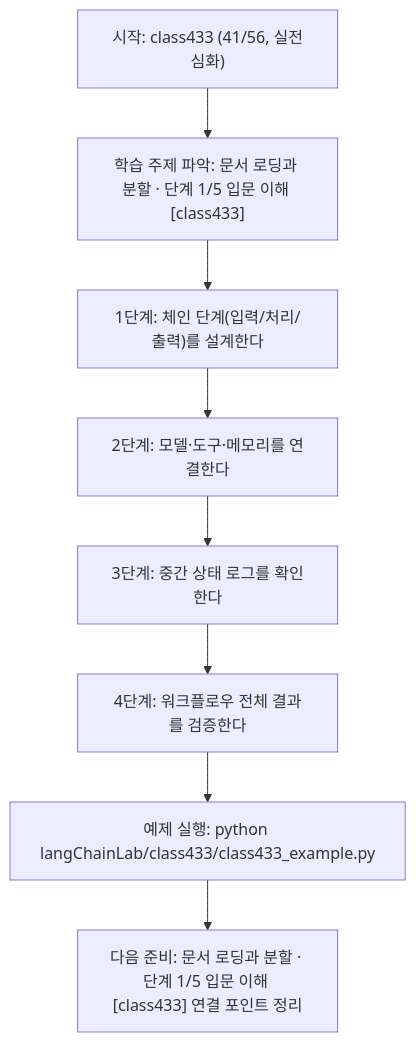
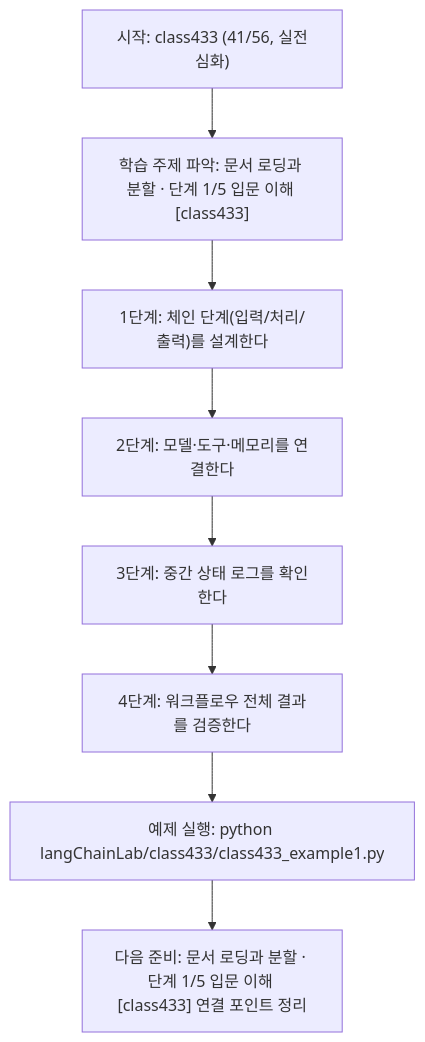
One commit to edumgt/Python-AI_Agent-Class changed the diagram in langChainLab/class433/class433.md. Above: the diagram before and after it, drawn with Mermaid. The commit also changed other lines of this file and 2959 other files, not shown here.

````diff
--- a/langChainLab/class433/class433.md
+++ b/langChainLab/class433/class433.md
@@ -110,18 +110,18 @@
 ```mermaid
 flowchart TD
 N1["시작: class433 (41/56, 실전심화)"]
 N2["학습 주제 파악: 문서 로딩과 분할 · 단계 1/5 입문 이해 [class433]"]
 N3["1단계: 체인 단계(입력/처리/출력)를 설계한다"]
 N4["2단계: 모델·도구·메모리를 연결한다"]
 N5["3단계: 중간 상태 로그를 확인한다"]
 N6["4단계: 워크플로우 전체 결과를 검증한다"]
-N7["예제 실행: python langChainLab/class433/class433_example.py"]
+N7["예제 실행: python langChainLab/class433/class433_example1.py"]
 N8["다음 준비: 문서 로딩과 분할 · 단계 1/5 입문 이해 [class433] 연결 포인트 정리"]
 N1 --> N2
 N2 --> N3
 N3 --> N4
 N4 --> N5
 N5 --> N6
 N6 --> N7
 N7 --> N8
 ```
````
